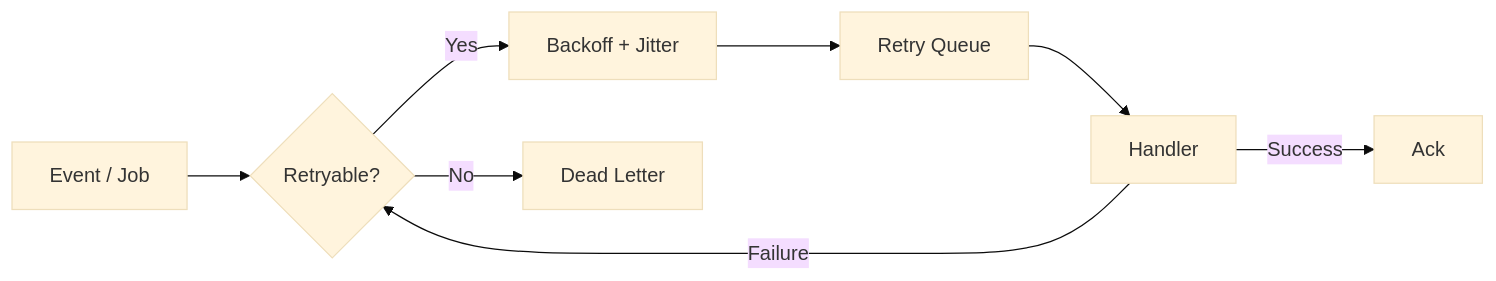
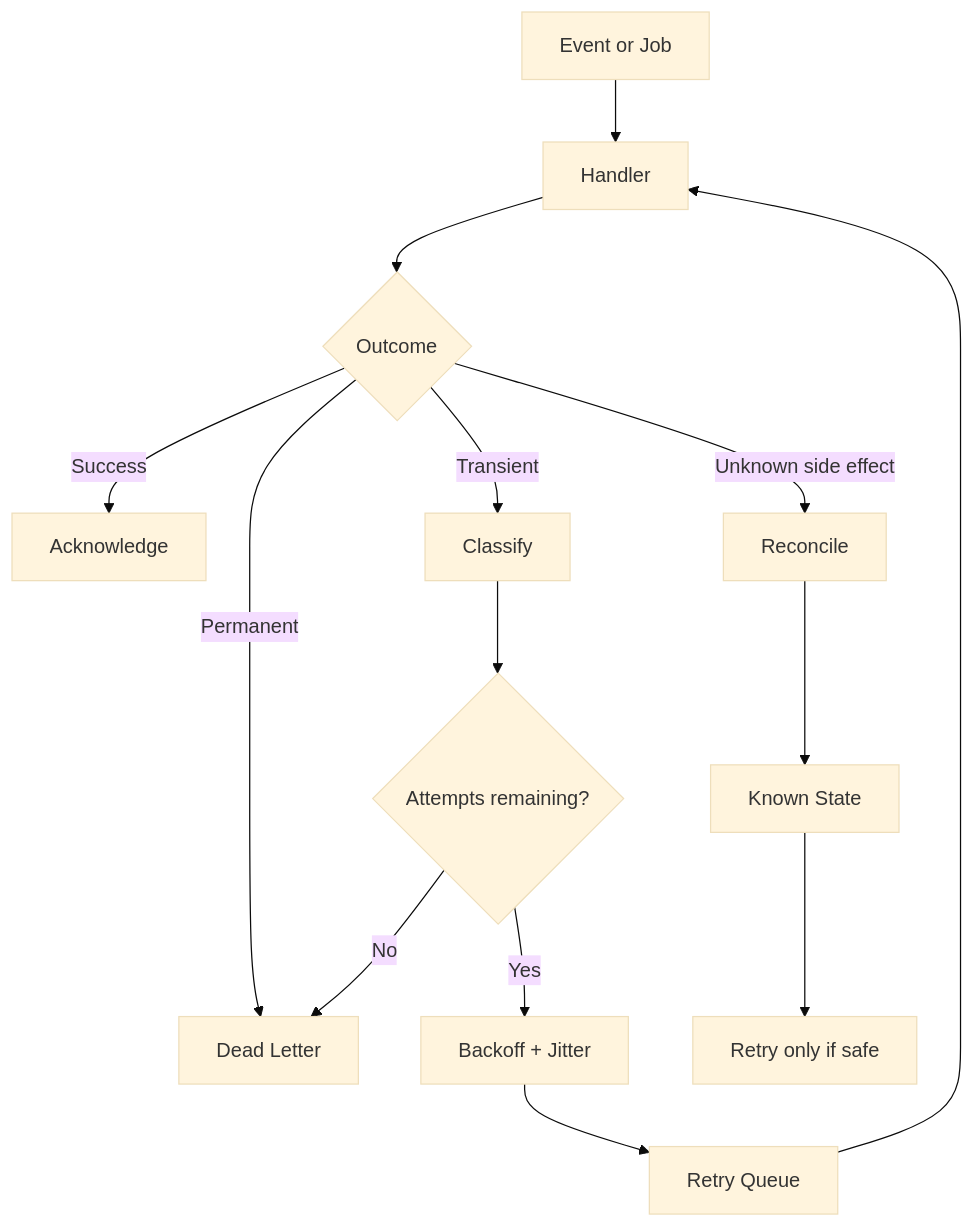
Before and after one commit to D-engahmed/OMILINKS: the diagram in docs/events/retry-policy.md, drawn with Mermaid (base theme). The commit also changed other lines of this file and 2 other files, not shown here.

Commit message:
docs: deepen event contracts retry policy and schemas

````diff
--- a/docs/events/retry-policy.md
+++ b/docs/events/retry-policy.md
@@ -33,10 +49,16 @@
-```mermaid
-flowchart LR
-E[Event / Job] --> C{Retryable?}
-C -->|Yes| B[Backoff + Jitter]
-B --> Q[Retry Queue]
-Q --> H[Handler]
-H -->|Success| ACK[Ack]
-H -->|Failure| C
-C -->|No| DLQ[Dead Letter]
-```
+~~~mermaid
+flowchart TD
+JOB[Event or Job] --> H[Handler]
+H --> RESULT{Outcome}
+RESULT -->|Success| ACK[Acknowledge]
+RESULT -->|Transient| CLASS[Classify]
+RESULT -->|Permanent| DLQ[Dead Letter]
+RESULT -->|Unknown side effect| RECON[Reconcile]
+CLASS --> REMAIN{Attempts remaining?}
+REMAIN -->|Yes| BACKOFF[Backoff + Jitter]
+BACKOFF --> Q[Retry Queue]
+Q --> H
+REMAIN -->|No| DLQ
+RECON --> STATE[Known State]
+STATE --> SAFE[Retry only if safe]
+~~~
````
